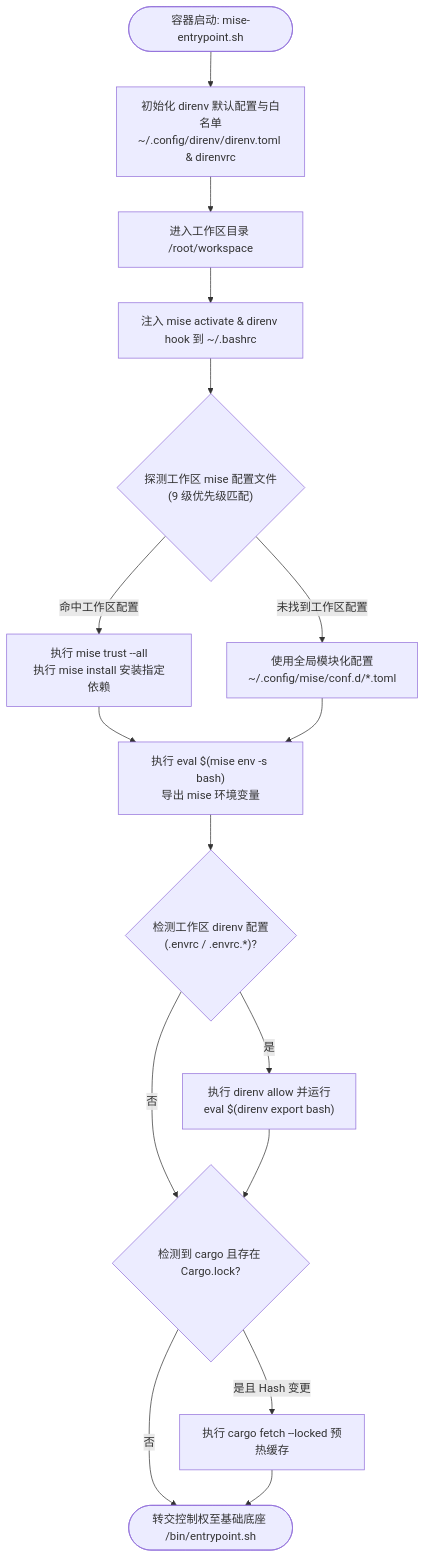
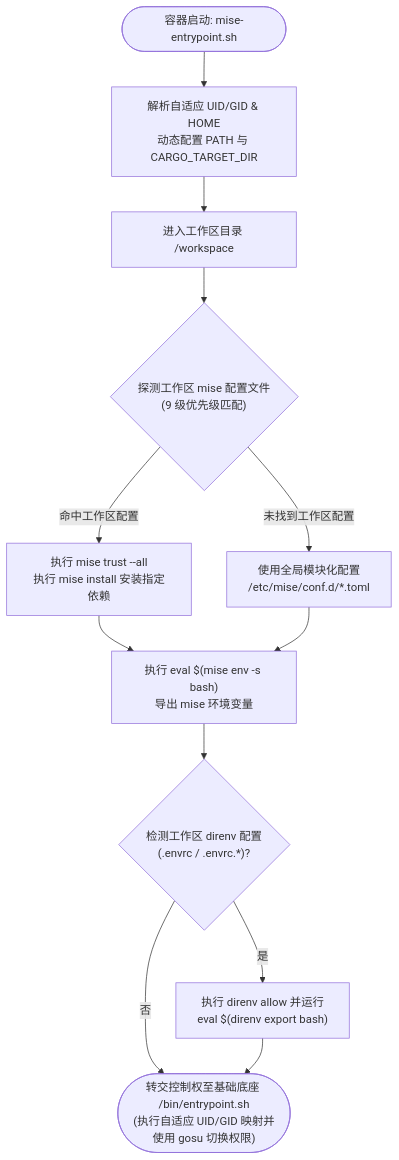
One commit to shaogme/coding-images changed the third of 5 diagrams in README.md. Above: the diagram before and after it, drawn with Mermaid. The commit also changed other lines of this file and 16 other files, not shown here.

````diff
--- a/README.md
+++ b/README.md
@@ -210,22 +211,17 @@
 ```mermaid
 flowchart TD
-    Start(["容器启动: mise-entrypoint.sh"]) --> InitDirenv["初始化 direnv 默认配置与白名单<br/>~/.config/direnv/direnv.toml & direnvrc"]
-    InitDirenv --> CheckWs["进入工作区目录 /root/workspace"]
-    CheckWs --> InjectBashrc["注入 mise activate & direnv hook 到 ~/.bashrc"]
-    InjectBashrc --> DetectConfig{"探测工作区 mise 配置文件<br/>(9 级优先级匹配)"}
+    Start(["容器启动: mise-entrypoint.sh"]) --> ResolveUser["解析自适应 UID/GID & HOME<br/>动态配置 PATH 与 CARGO_TARGET_DIR"]
+    ResolveUser --> CheckWs["进入工作区目录 /workspace"]
+    CheckWs --> DetectConfig{"探测工作区 mise 配置文件<br/>(9 级优先级匹配)"}
 
     DetectConfig -- "命中工作区配置" --> TrustInstall["执行 mise trust --all<br/>执行 mise install 安装指定依赖"]
-    DetectConfig -- "未找到工作区配置" --> UseGlobal["使用全局模块化配置<br/>~/.config/mise/conf.d/*.toml"]
+    DetectConfig -- "未找到工作区配置" --> UseGlobal["使用全局模块化配置<br/>/etc/mise/conf.d/*.toml"]
 
     TrustInstall --> ExportMise["执行 eval $(mise env -s bash)<br/>导出 mise 环境变量"]
     UseGlobal --> ExportMise
 
     ExportMise --> DetectDirenv{"检测工作区 direnv 配置<br/>(.envrc / .envrc.*)?"}
     DetectDirenv -- "是" --> LoadDirenv["执行 direnv allow 并运行<br/>eval $(direnv export bash)"]
-    DetectDirenv -- "否" --> CargoCheck
-    LoadDirenv --> CargoCheck{"检测到 cargo 且存在 Cargo.lock?"}
-
-    CargoCheck -- "是且 Hash 变更" --> SyncCargo["执行 cargo fetch --locked 预热缓存"]
-    CargoCheck -- "否" --> ExecBase(["转交控制权至基础底座 /bin/entrypoint.sh"])
-    SyncCargo --> ExecBase
+    DetectDirenv -- "否" --> ExecBase
+    LoadDirenv --> ExecBase(["转交控制权至基础底座 /bin/entrypoint.sh<br/>(执行自适应 UID/GID 映射并使用 gosu 切换权限)"])
 ```
````
